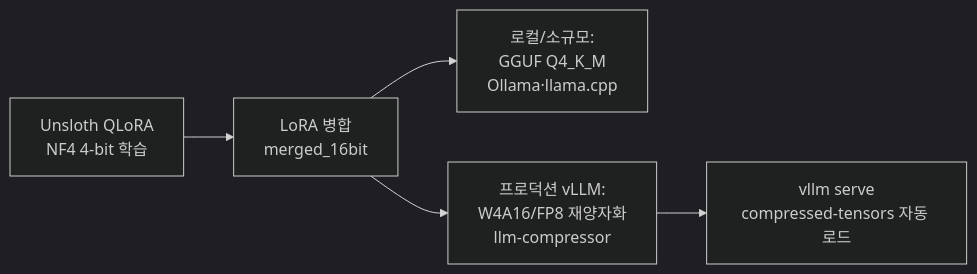
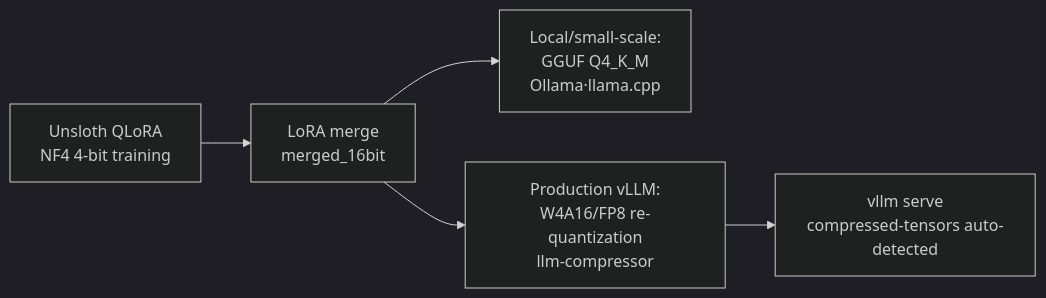
The diagram in _posts/en/llmops/2026-06-20-llm-quantization-vllm-serving-unsloth.md (ThakiCloud/thakicloud.github.io), drawn with Mermaid (dark theme) before and after one commit. The commit also changed 21 other files, not shown here.

First line of the commit message:
fix(blog): translate mermaid labels to post language (en/ar)

````diff
--- a/_posts/en/llmops/2026-06-20-llm-quantization-vllm-serving-unsloth.md
+++ b/_posts/en/llmops/2026-06-20-llm-quantization-vllm-serving-unsloth.md
@@ -105,7 +105,7 @@
 ```mermaid
 flowchart LR
-    A[Unsloth QLoRA<br/>NF4 4-bit 학습] --> B[LoRA 병합<br/>merged_16bit]
-    B --> C1[로컬/소규모:<br/>GGUF Q4_K_M<br/>Ollama·llama.cpp]
-    B --> C2[프로덕션 vLLM:<br/>W4A16/FP8 재양자화<br/>llm-compressor]
-    C2 --> D[vllm serve<br/>compressed-tensors 자동 로드]
+    A[Unsloth QLoRA<br/>NF4 4-bit training] --> B[LoRA merge<br/>merged_16bit]
+    B --> C1[Local/small-scale:<br/>GGUF Q4_K_M<br/>Ollama·llama.cpp]
+    B --> C2[Production vLLM:<br/>W4A16/FP8 re-quantization<br/>llm-compressor]
+    C2 --> D[vllm serve<br/>compressed-tensors auto-detected]
 ```
````
